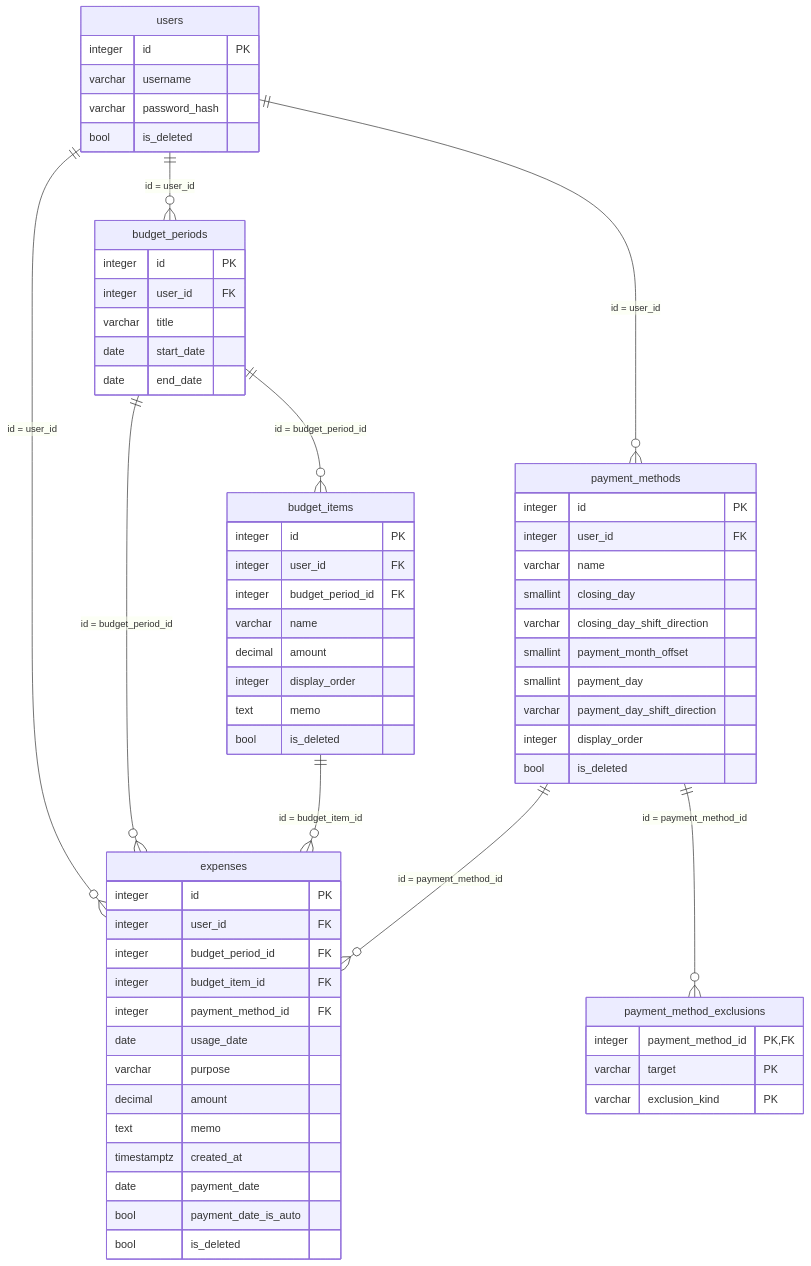
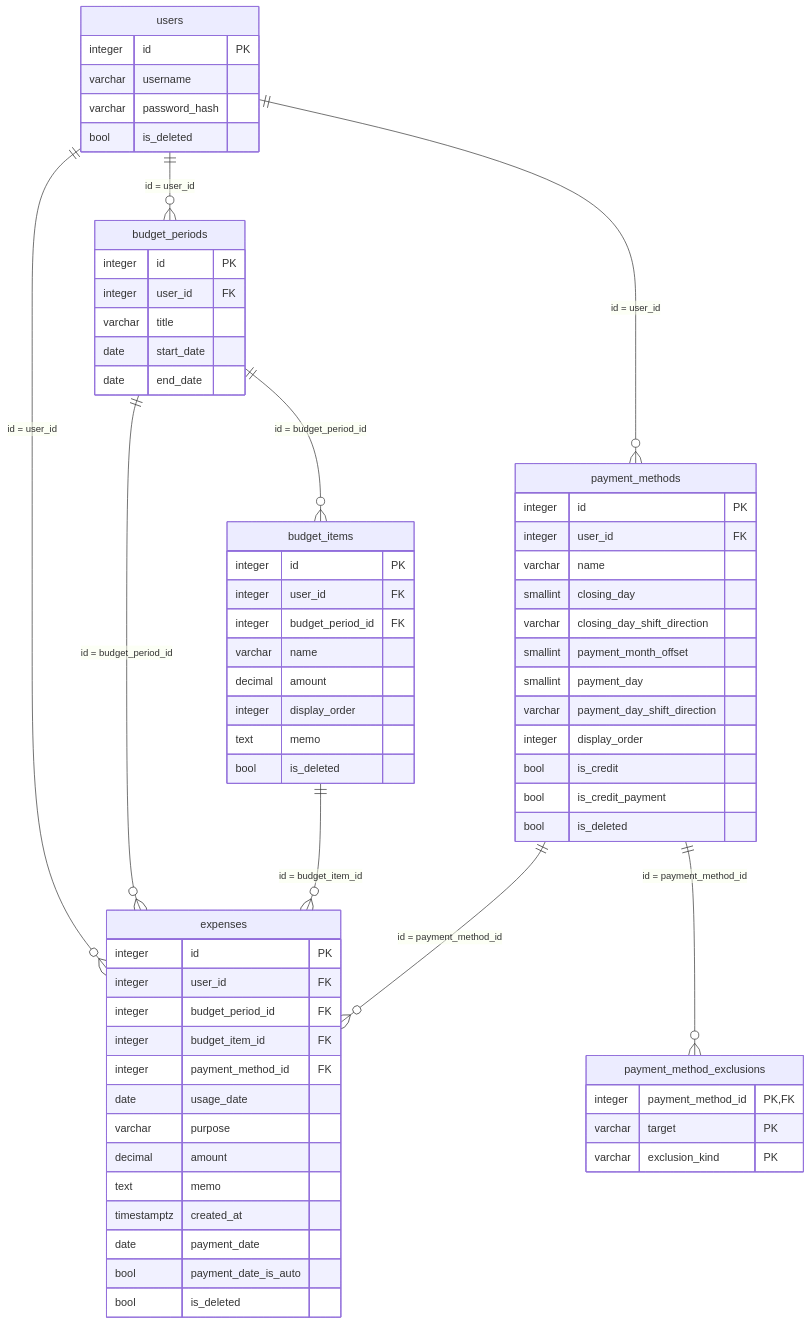
One commit to u1tym/claude_webapp changed the diagram in specs/expense-management/db-design.md. Above: the diagram before and after it, drawn with Mermaid. The commit also changed other lines of this file and 15 other files, not shown here.

````diff
--- a/specs/expense-management/db-design.md
+++ b/specs/expense-management/db-design.md
@@ -22,66 +22,68 @@
 ```mermaid
 erDiagram
     users ||--o{ budget_periods : "id = user_id"
     users ||--o{ payment_methods : "id = user_id"
     users ||--o{ expenses : "id = user_id"
     budget_periods ||--o{ budget_items : "id = budget_period_id"
     payment_methods ||--o{ payment_method_exclusions : "id = payment_method_id"
     budget_periods ||--o{ expenses : "id = budget_period_id"
     budget_items ||--o{ expenses : "id = budget_item_id"
     payment_methods ||--o{ expenses : "id = payment_method_id"
     users {
         integer id PK
         varchar username
         varchar password_hash
         bool is_deleted
     }
     budget_periods {
         integer id PK
         integer user_id FK
         varchar title
         date start_date
         date end_date
     }
     budget_items {
         integer id PK
         integer user_id FK
         integer budget_period_id FK
         varchar name
         decimal amount
         integer display_order
         text memo
         bool is_deleted
     }
     payment_methods {
         integer id PK
         integer user_id FK
         varchar name
         smallint closing_day
         varchar closing_day_shift_direction
         smallint payment_month_offset
         smallint payment_day
         varchar payment_day_shift_direction
         integer display_order
+        bool is_credit
+        bool is_credit_payment
         bool is_deleted
     }
     payment_method_exclusions {
         integer payment_method_id PK, FK
         varchar target PK
         varchar exclusion_kind PK
     }
     expenses {
         integer id PK
         integer user_id FK
         integer budget_period_id FK
         integer budget_item_id FK
         integer payment_method_id FK
         date usage_date
         varchar purpose
         decimal amount
         text memo
         timestamptz created_at
         date payment_date
         bool payment_date_is_auto
         bool is_deleted
     }
 ```
````
